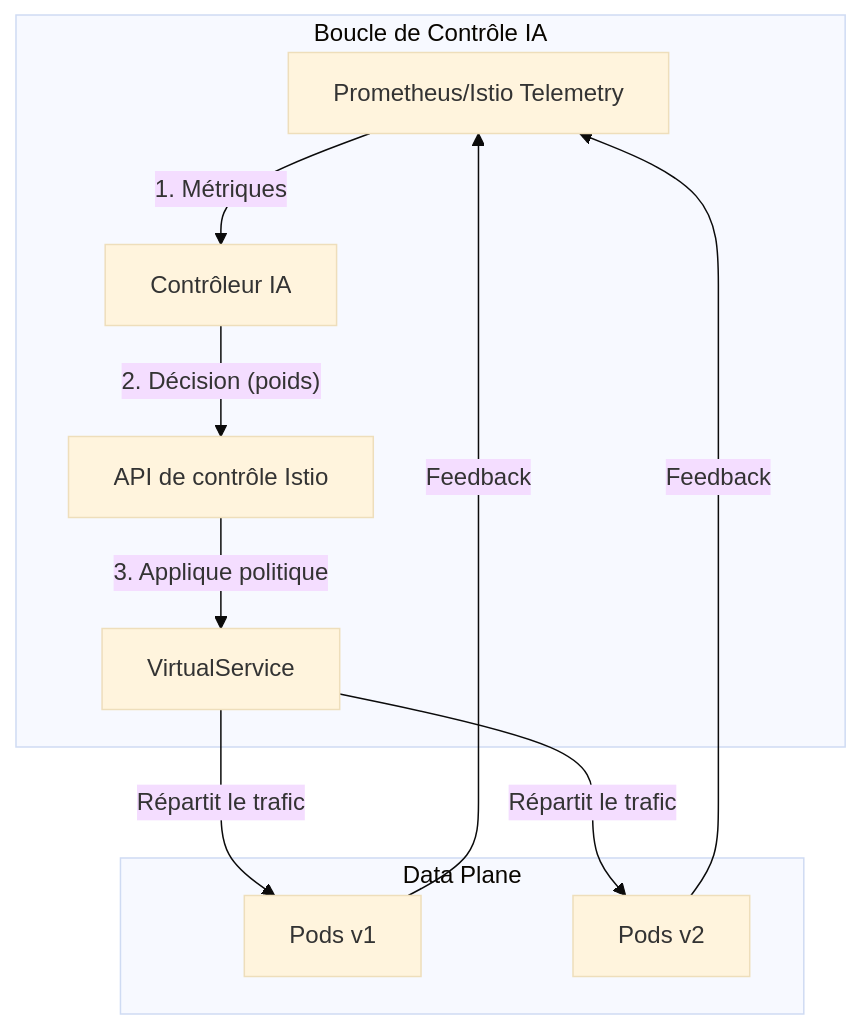
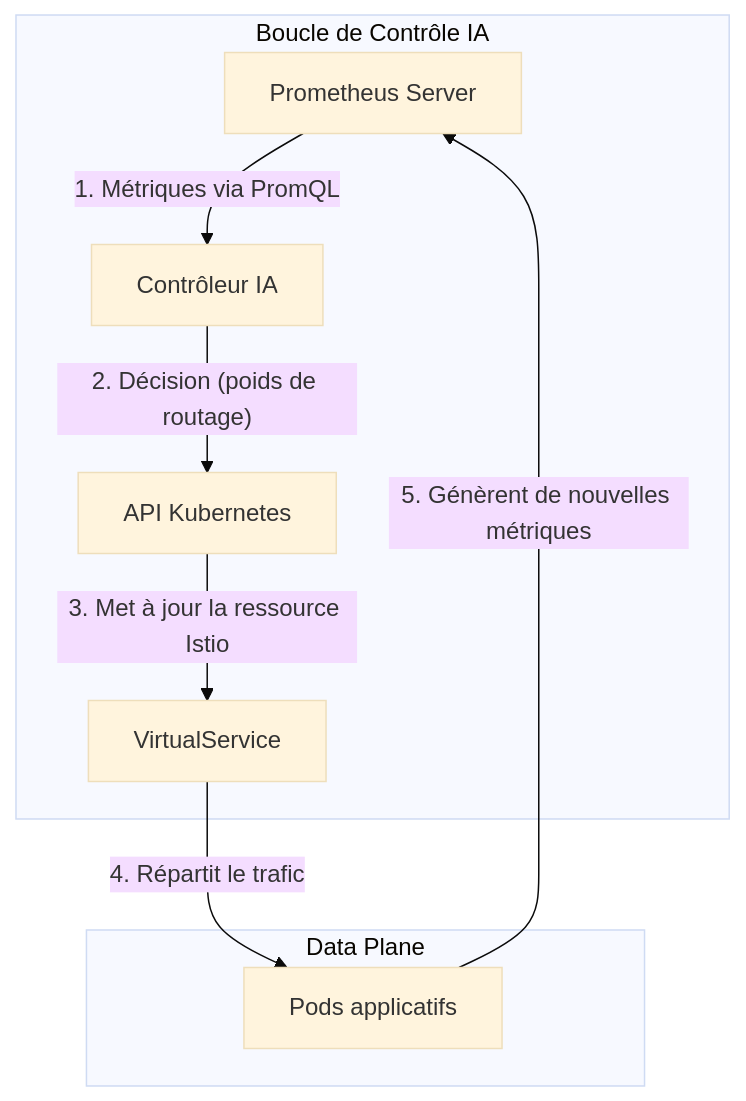
Before and after one commit to HarcheSamir/esisba-lirmm-ecommerce: the third of 3 diagrams in sprint3.md, drawn with Mermaid (base theme). The commit also changed other lines of this file, not shown here.

````diff
--- a/sprint3.md
+++ b/sprint3.md
@@ -419,15 +262,12 @@
 ```mermaid
 graph TD
     subgraph "Boucle de Contrôle IA"
-        Telemetry[Prometheus/Istio Telemetry] -- "1. Métriques" --> AI_Controller[Contrôleur IA];
-        AI_Controller -- "2. Décision (poids)" --> Istio_API[API de contrôle Istio];
-        Istio_API -- "3. Applique politique" --> VS[VirtualService];
+        Prometheus[Prometheus Server] -- "1. Métriques via PromQL" --> AI_Controller[Contrôleur IA];
+        AI_Controller -- "2. Décision (poids de routage)" --> K8s_API[API Kubernetes];
+        K8s_API -- "3. Met à jour la ressource Istio" --> VS[VirtualService];
     end
     subgraph "Data Plane"
-        VS -- "Répartit le trafic" --> V1[Pods v1];
-        VS -- "Répartit le trafic" --> V2[Pods v2];
+        VS -- "4. Répartit le trafic" --> ServicePods[Pods applicatifs];
     end
-
-    V1 -- "Feedback" --> Telemetry;
-    V2 -- "Feedback" --> Telemetry;
+    ServicePods -- "5. Génèrent de nouvelles métriques" --> Prometheus;
 ```
````
